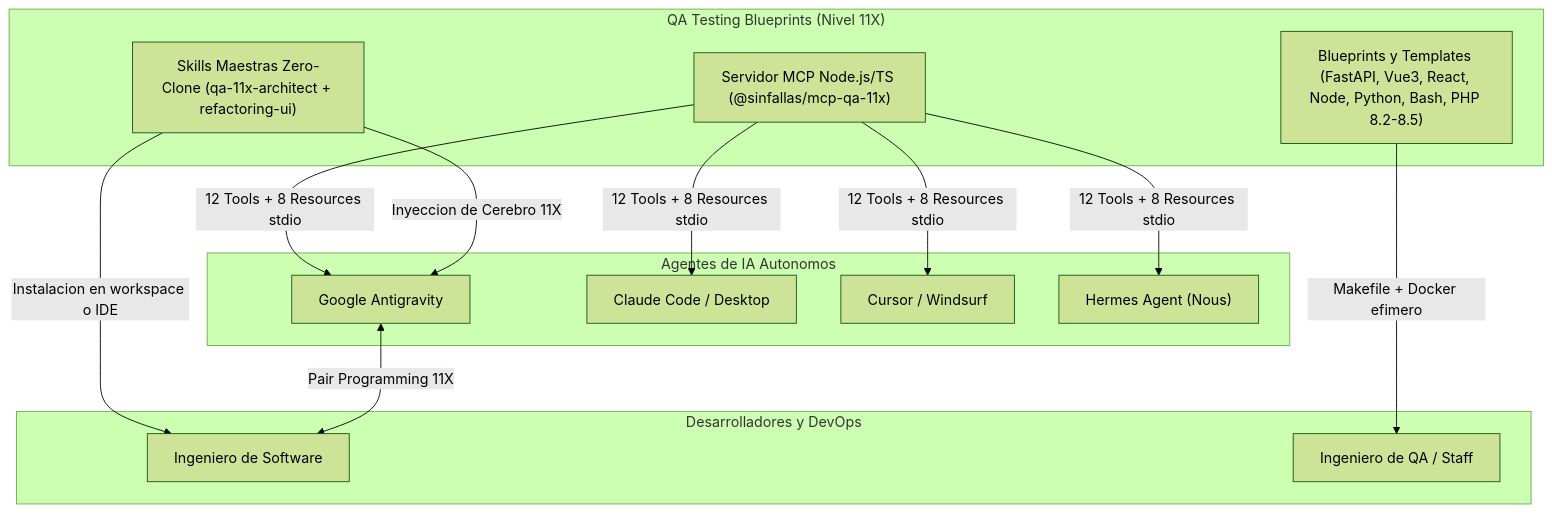
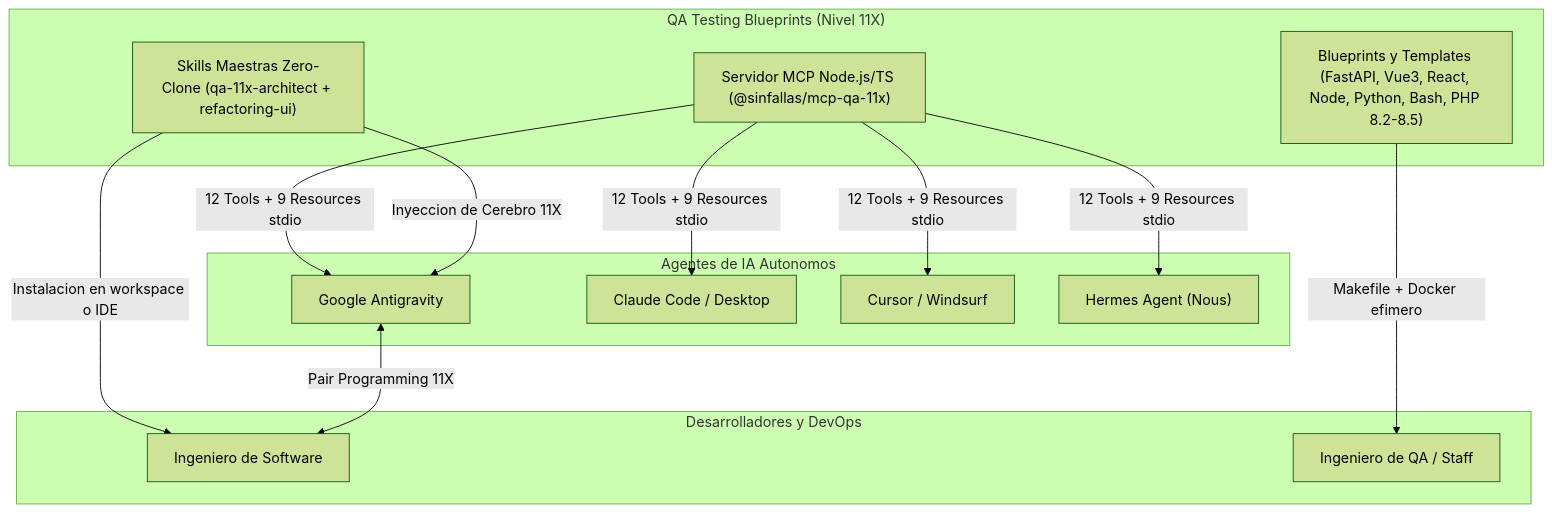
One commit to tecno-consultores/qa-testing-blueprints changed the diagram in README.md. Above: the diagram before and after it, drawn with Mermaid (forest theme). The commit also changed other lines of this file and 27 other files, not shown here.

````diff
--- a/README.md
+++ b/README.md
@@ -109,29 +109,29 @@
 ```mermaid
 flowchart TD
     subgraph Ecosistema["QA Testing Blueprints (Nivel 11X)"]
         MCP["Servidor MCP Node.js/TS (@sinfallas/mcp-qa-11x)"]
         Skills["Skills Maestras Zero-Clone (qa-11x-architect + refactoring-ui)"]
         Blueprints["Blueprints y Templates (FastAPI, Vue3, React, Node, Python, Bash, PHP 8.2-8.5)"]
     end
 
     subgraph ConsumidoresIA["Agentes de IA Autonomos"]
         AGY["Google Antigravity"]
         Claude["Claude Code / Desktop"]
         Cursor["Cursor / Windsurf"]
         Hermes["Hermes Agent (Nous)"]
     end
 
     subgraph ConsumidoresHumanos["Desarrolladores y DevOps"]
         Dev["Ingeniero de Software"]
         QAEng["Ingeniero de QA / Staff"]
     end
 
-    MCP -->|"12 Tools + 8 Resources stdio"| AGY
-    MCP -->|"12 Tools + 8 Resources stdio"| Claude
-    MCP -->|"12 Tools + 8 Resources stdio"| Cursor
-    MCP -->|"12 Tools + 8 Resources stdio"| Hermes
+    MCP -->|"12 Tools + 9 Resources stdio"| AGY
+    MCP -->|"12 Tools + 9 Resources stdio"| Claude
+    MCP -->|"12 Tools + 9 Resources stdio"| Cursor
+    MCP -->|"12 Tools + 9 Resources stdio"| Hermes
     Skills -->|"Inyeccion de Cerebro 11X"| AGY
     Skills -->|"Instalacion en workspace o IDE"| Dev
     Blueprints -->|"Makefile + Docker efimero"| QAEng
     AGY <-->|"Pair Programming 11X"| Dev
 ```
````
